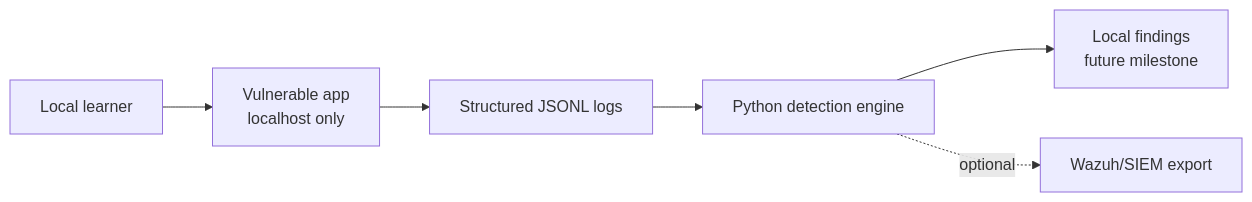
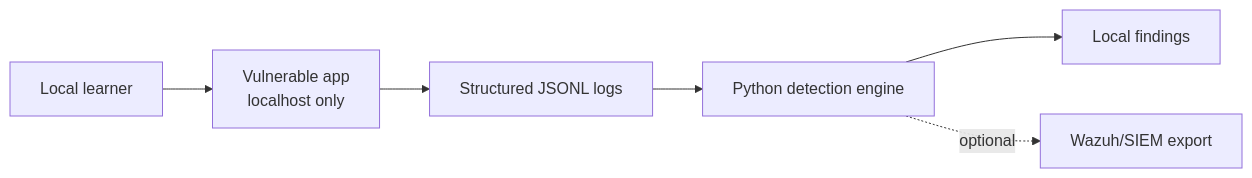
The diagram in docs/architecture.md (n1wo/owasp-lab-detection-engine), drawn with Mermaid before and after one commit. The commit also changed other lines of this file and 10 other files, not shown here.

````diff
--- a/docs/architecture.md
+++ b/docs/architecture.md
@@ -33,8 +34,8 @@
 ```mermaid
 flowchart LR
     User["Local learner"] --> App["Vulnerable app<br>localhost only"]
     App --> Logs["Structured JSONL logs"]
     Logs --> Engine["Python detection engine"]
-    Engine --> Findings["Local findings<br>future milestone"]
+    Engine --> Findings["Local findings"]
     Engine -. optional .-> SIEM["Wazuh/SIEM export"]
 ```
````
